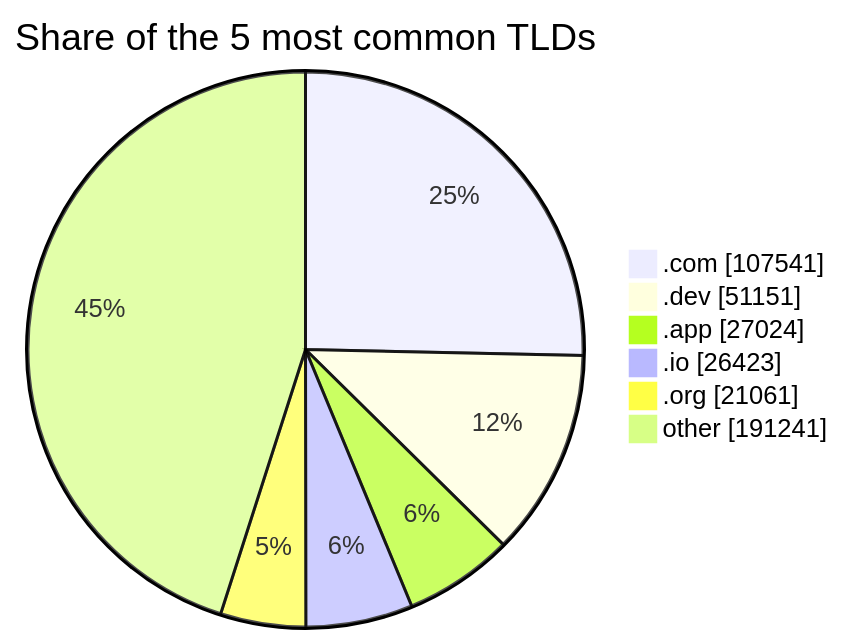
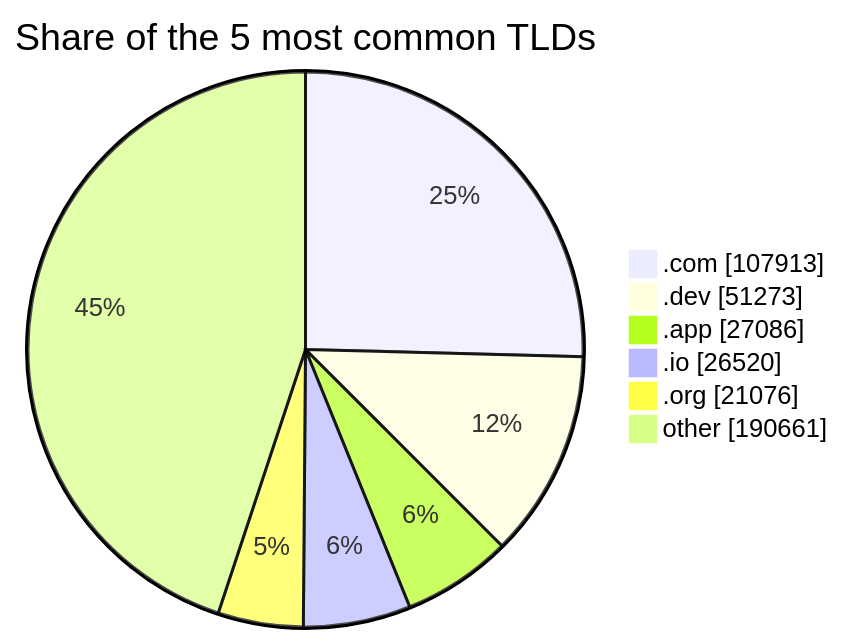
One commit to DNSBunker/CTI changed the third of 3 diagrams in README.md. Above: the diagram before and after it, drawn with Mermaid. The commit also changed other lines of this file and 3 other files, not shown here.

````diff
--- a/README.md
+++ b/README.md
@@ -81,9 +81,9 @@
 ```mermaid
 pie showData title Share of the 5 most common TLDs
-    ".com" : 107541
-    ".dev" : 51151
-    ".app" : 27024
-    ".io" : 26423
-    ".org" : 21061
-    "other" : 191241
+    ".com" : 107913
+    ".dev" : 51273
+    ".app" : 27086
+    ".io" : 26520
+    ".org" : 21076
+    "other" : 190661
 ```
````
